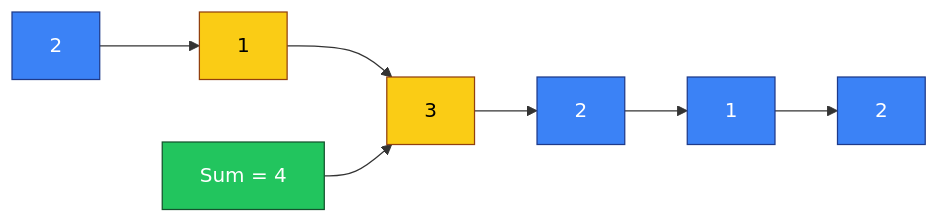
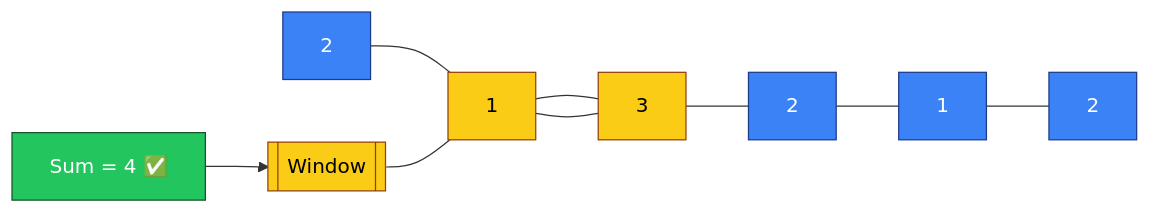
Before and after one commit to bhaskarneerati/coding-mermaid-diagrams: the ninth of 11 diagrams in sliding-window.md, drawn with Mermaid. The commit also changed other lines of this file, not shown here.

````diff
--- a/sliding-window.md
+++ b/sliding-window.md
@@ -165,16 +168,19 @@
 ```mermaid
 flowchart LR
-V1[2] --> V2[1] --> V3[3] --> V4[2] --> V5[1] --> V6[2]
+A1[2] --- A2[1] --- A3[3] --- A4[2] --- A5[1] --- A6[2]
 
-sum[Sum = 4]
+W1[[Window]] --- A2 --- A3
 
-sum --> V3
+sum[Sum = 4 ✅]
+
+sum --> W1
 
 classDef base fill:#3b82f6,stroke:#1e3a8a,color:#ffffff;
 classDef window fill:#facc15,stroke:#92400e,color:#000000;
 classDef good fill:#22c55e,stroke:#14532d,color:#ffffff;
 
-class V2,V3 window;
-class V1,V4,V5,V6 base;
+class A2,A3 window;
+class A1,A4,A5,A6 base;
+class W1 window;
 class sum good;
 ```
````
